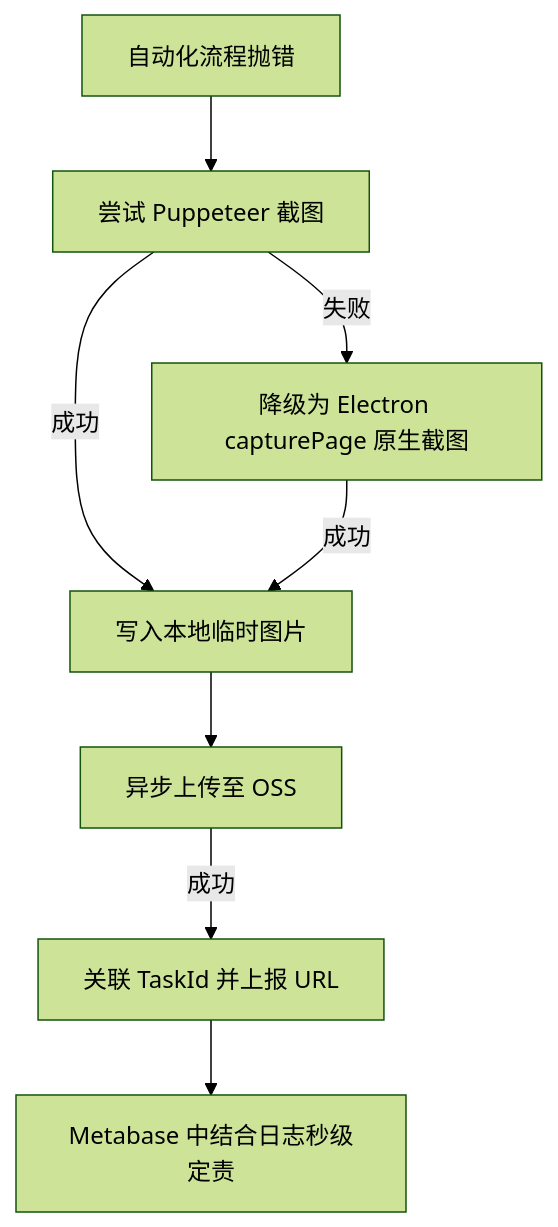
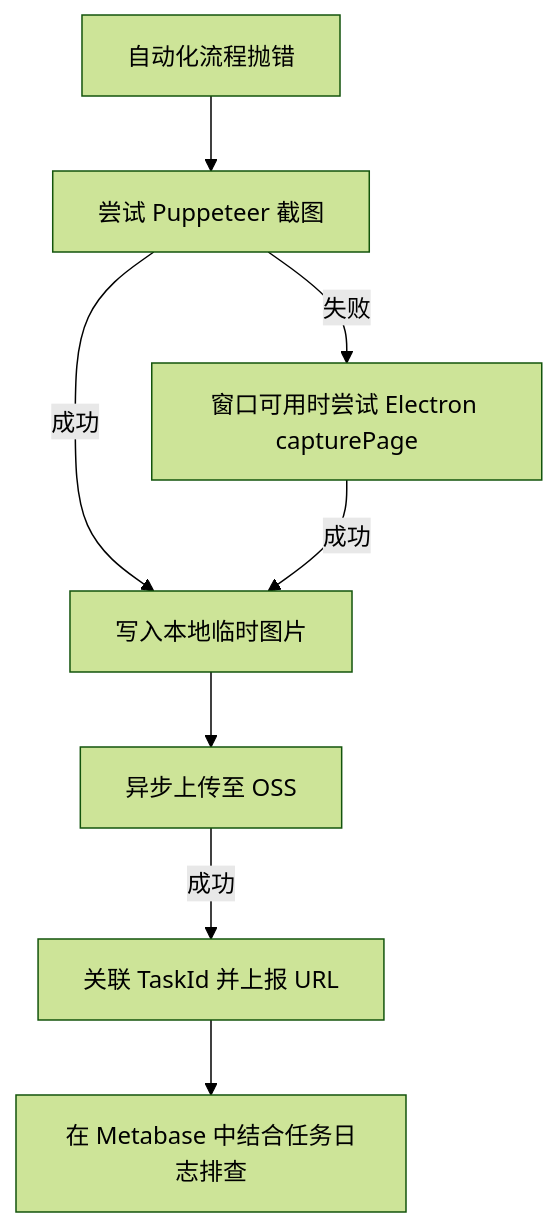
One commit to yyxTheOracle/MyBlog changed diagram 14 of 14 in source/_posts/2025-09-14-electron-tiangong.md. Above: the diagram before and after it, drawn with Mermaid (forest theme). The commit also changed other lines of this file and 6 other files, not shown here.

Commit message:
docs(blog): 更新天工文章图表、关于页排版与搜索记录

````diff
--- a/source/_posts/2025-09-14-electron-tiangong.md
+++ b/source/_posts/2025-09-14-electron-tiangong.md
@@ -457,10 +541,10 @@
 ```mermaid
 flowchart TB
     E["自动化流程抛错"] --> P["尝试 Puppeteer 截图"]
     P -->|成功| S["写入本地临时图片"]
-    P -->|失败| C["降级为 Electron capturePage 原生截图"]
+    P -->|失败| C["窗口可用时尝试 Electron capturePage"]
     C -->|成功| S
     S --> U["异步上传至 OSS"]
     U -->|成功| T["关联 TaskId 并上报 URL"]
-    T --> M["Metabase 中结合日志秒级定责"]
+    T --> M["在 Metabase 中结合任务日志排查"]
 ```
````
